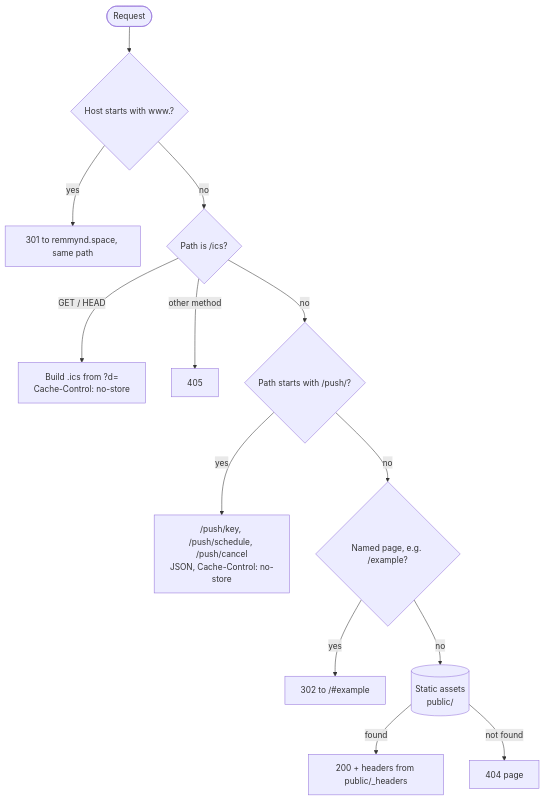
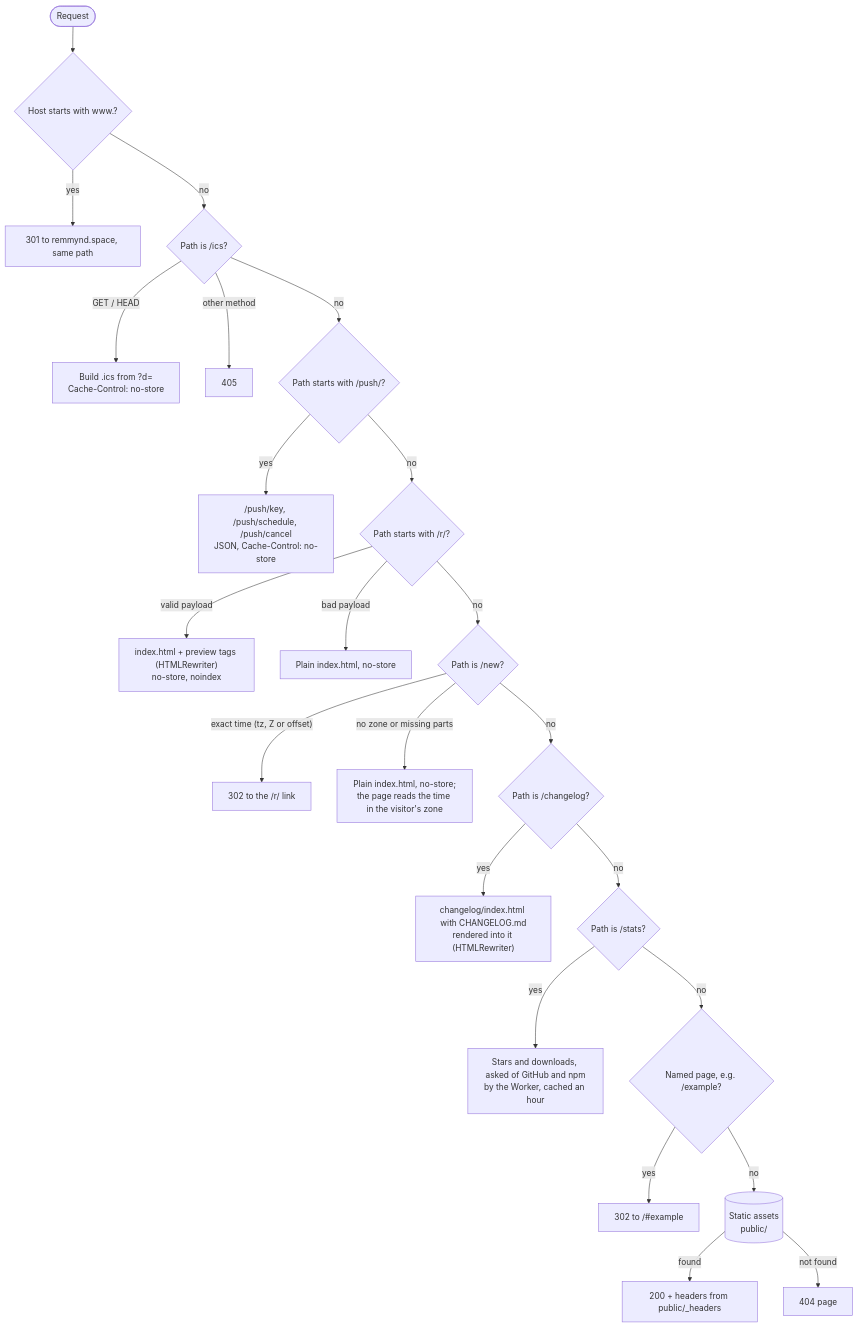
The third of 4 diagrams in docs/ARCHITECTURE.md (Remmynd/remmynd), drawn with Mermaid before and after one commit. The commit also changed other lines of this file and 63 other files, not shown here.

````diff
--- a/docs/ARCHITECTURE.md
+++ b/docs/ARCHITECTURE.md
@@ -101,15 +145,25 @@
 ```mermaid
 flowchart TD
     R([Request]) --> W{Host starts with www.?}
     W -- yes --> RW[301 to remmynd.space, same path]
     W -- no --> I{Path is /ics?}
     I -- "GET / HEAD" --> ICS["Build .ics from ?d=<br/>Cache-Control: no-store"]
     I -- other method --> M405[405]
     I -- no --> PU{Path starts with /push/?}
     PU -- yes --> PR["/push/key, /push/schedule, /push/cancel<br/>JSON, Cache-Control: no-store"]
-    PU -- no --> P{Named page, e.g. /example?}
+    PU -- no --> SR{Path starts with /r/?}
+    SR -- "valid payload" --> PV["index.html + preview tags (HTMLRewriter)<br/>no-store, noindex"]
+    SR -- "bad payload" --> SH["Plain index.html, no-store"]
+    SR -- no --> NW{Path is /new?}
+    NW -- "exact time (tz, Z or offset)" --> RN["302 to the /r/ link"]
+    NW -- "no zone or missing parts" --> SN["Plain index.html, no-store;<br/>the page reads the time in the visitor's zone"]
+    NW -- no --> CL{Path is /changelog?}
+    CL -- yes --> CR["changelog/index.html with CHANGELOG.md<br/>rendered into it (HTMLRewriter)"]
+    CL -- no --> ST{Path is /stats?}
+    ST -- yes --> SS["Stars and downloads, asked of GitHub and npm<br/>by the Worker, cached an hour"]
+    ST -- no --> P{Named page, e.g. /example?}
     P -- yes --> RP["302 to /#example"]
     P -- no --> A[(Static assets<br/>public/)]
     A -- found --> OK[200 + headers from public/_headers]
     A -- not found --> NF[404 page]
 ```
````
